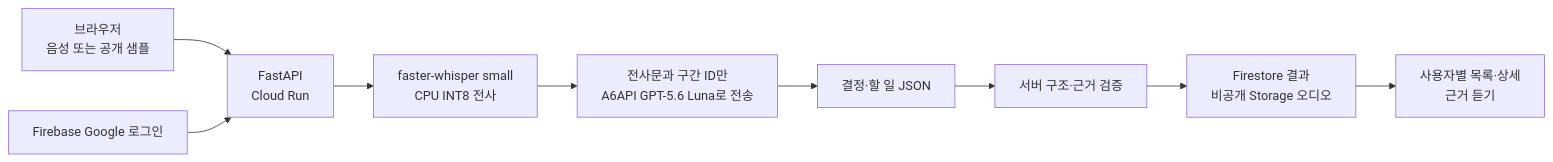
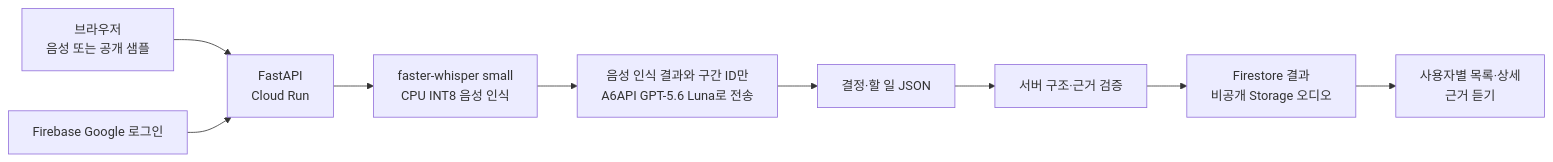
The diagram in README.md (hangokudao/minutemark), drawn with Mermaid before and after one commit. The commit also changed other lines of this file and 13 other files, not shown here.

````diff
--- a/README.md
+++ b/README.md
@@ -33,11 +33,11 @@
 ```mermaid
 flowchart LR
     A["브라우저<br/>음성 또는 공개 샘플"] --> B["FastAPI<br/>Cloud Run"]
-    B --> C["faster-whisper small<br/>CPU INT8 전사"]
-    C --> D["전사문과 구간 ID만<br/>A6API GPT-5.6 Luna로 전송"]
+    B --> C["faster-whisper small<br/>CPU INT8 음성 인식"]
+    C --> D["음성 인식 결과와 구간 ID만<br/>A6API GPT-5.6 Luna로 전송"]
     D --> E["결정·할 일 JSON"]
     E --> F["서버 구조·근거 검증"]
     F --> G["Firestore 결과<br/>비공개 Storage 오디오"]
     G --> H["사용자별 목록·상세<br/>근거 듣기"]
     I["Firebase Google 로그인"] --> B
 ```
````
